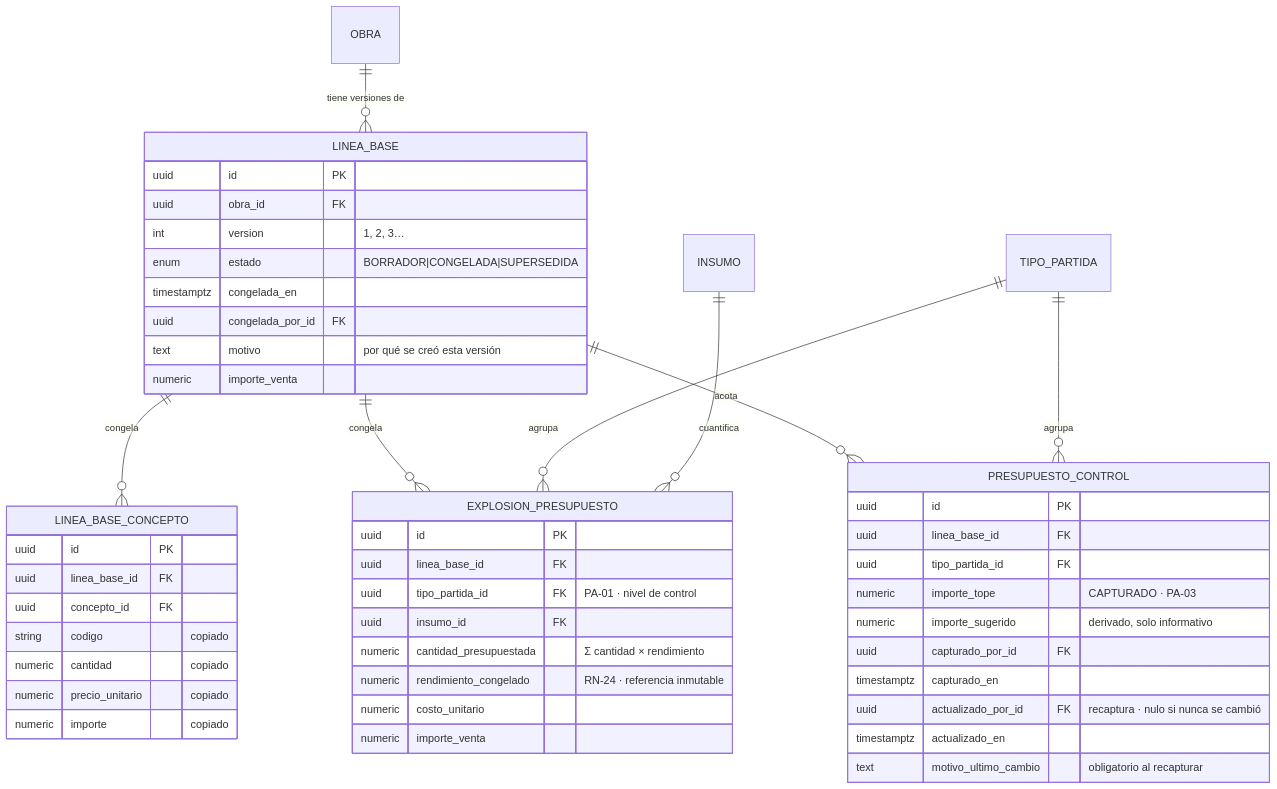
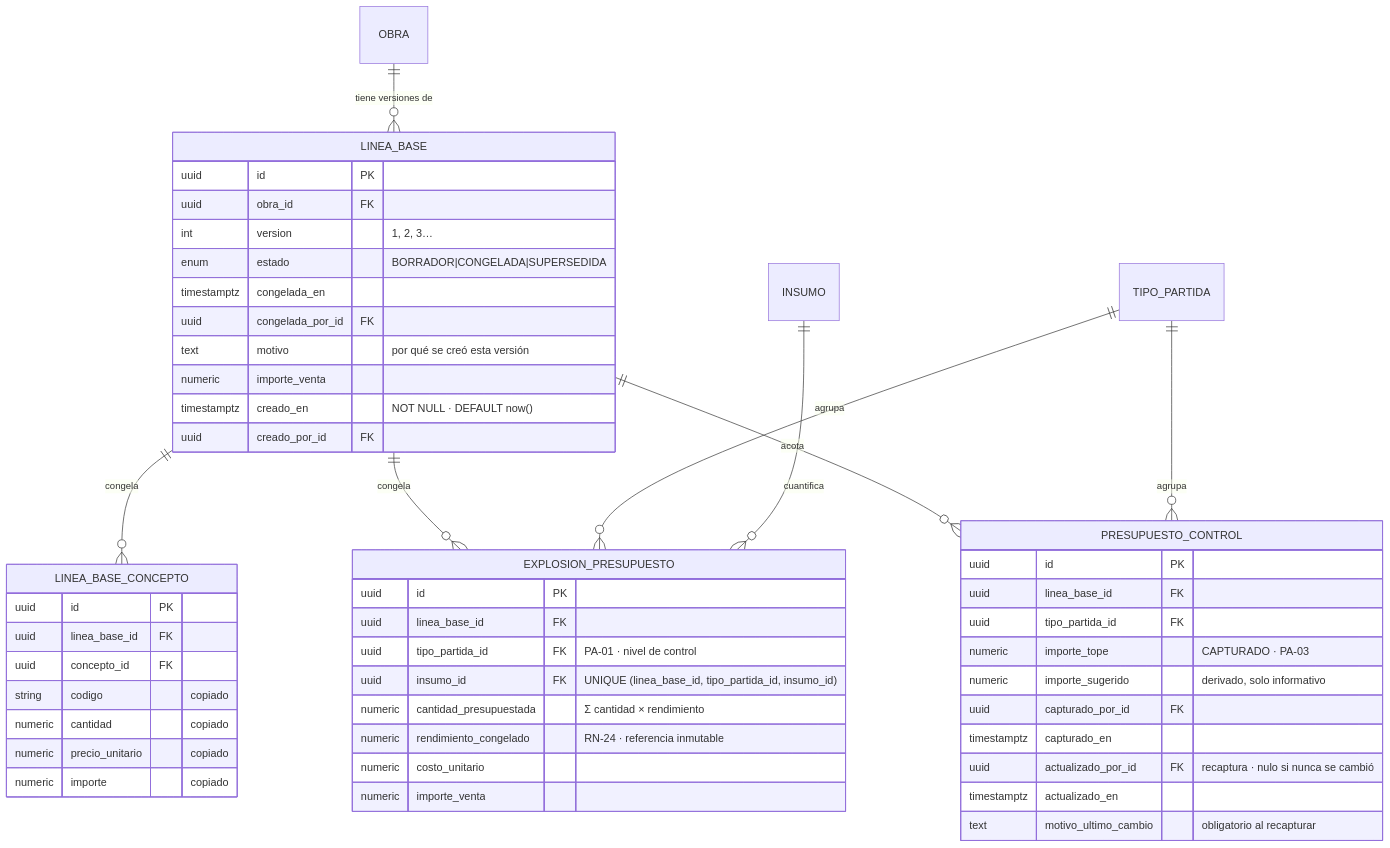
Before and after one commit to FranciscoRodSilva/IA4Devs-Proyecto-Final: the third of 18 diagrams in docs/03-modelo-datos.md, drawn with Mermaid. The commit also changed other lines of this file and 23 other files, not shown here.

````diff
--- a/docs/03-modelo-datos.md
+++ b/docs/03-modelo-datos.md
@@ -241,52 +241,54 @@
 ```mermaid
 erDiagram
     OBRA ||--o{ LINEA_BASE : "tiene versiones de"
     LINEA_BASE ||--o{ LINEA_BASE_CONCEPTO : "congela"
     LINEA_BASE ||--o{ EXPLOSION_PRESUPUESTO : "congela"
     LINEA_BASE ||--o{ PRESUPUESTO_CONTROL : "acota"
     TIPO_PARTIDA ||--o{ EXPLOSION_PRESUPUESTO : "agrupa"
     TIPO_PARTIDA ||--o{ PRESUPUESTO_CONTROL : "agrupa"
     INSUMO ||--o{ EXPLOSION_PRESUPUESTO : "cuantifica"
 
     LINEA_BASE {
         uuid id PK
         uuid obra_id FK
         int version "1, 2, 3…"
         enum estado "BORRADOR|CONGELADA|SUPERSEDIDA"
         timestamptz congelada_en
         uuid congelada_por_id FK
         text motivo "por qué se creó esta versión"
         numeric importe_venta
+        timestamptz creado_en "NOT NULL · DEFAULT now()"
+        uuid creado_por_id FK
     }
     LINEA_BASE_CONCEPTO {
         uuid id PK
         uuid linea_base_id FK
         uuid concepto_id FK
         string codigo "copiado"
         numeric cantidad "copiado"
         numeric precio_unitario "copiado"
         numeric importe "copiado"
     }
     EXPLOSION_PRESUPUESTO {
         uuid id PK
         uuid linea_base_id FK
         uuid tipo_partida_id FK "PA-01 · nivel de control"
-        uuid insumo_id FK
+        uuid insumo_id FK "UNIQUE (linea_base_id, tipo_partida_id, insumo_id)"
         numeric cantidad_presupuestada "Σ cantidad × rendimiento"
         numeric rendimiento_congelado "RN-24 · referencia inmutable"
         numeric costo_unitario
         numeric importe_venta
     }
     PRESUPUESTO_CONTROL {
         uuid id PK
         uuid linea_base_id FK
         uuid tipo_partida_id FK
         numeric importe_tope "CAPTURADO · PA-03"
         numeric importe_sugerido "derivado, solo informativo"
         uuid capturado_por_id FK
         timestamptz capturado_en
         uuid actualizado_por_id FK "recaptura · nulo si nunca se cambió"
         timestamptz actualizado_en
         text motivo_ultimo_cambio "obligatorio al recapturar"
     }
 ```
````
